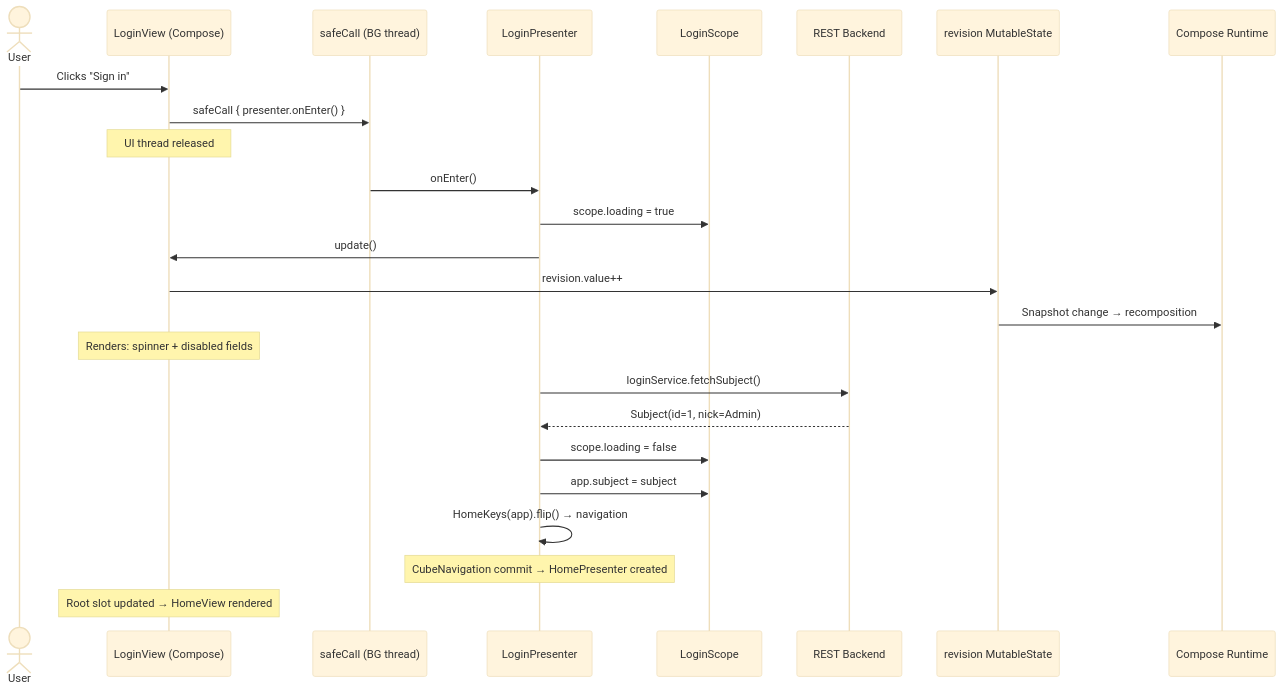
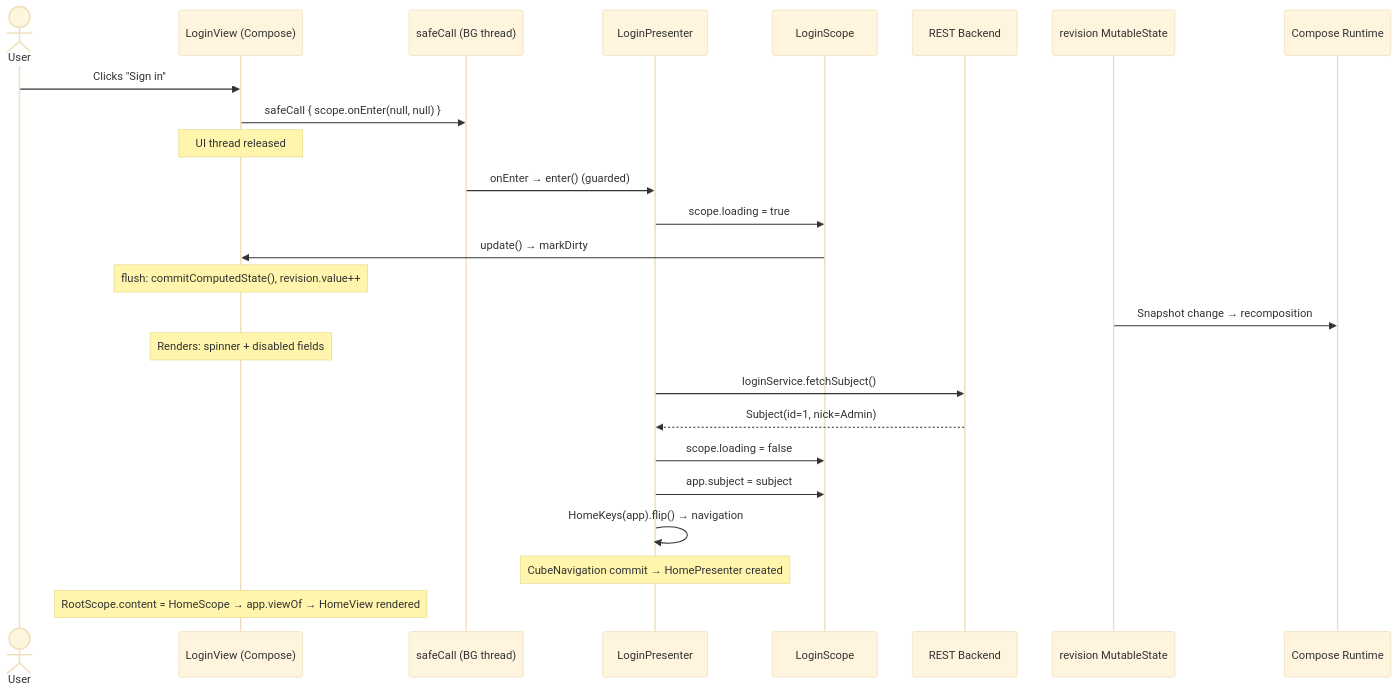
One commit to mrcdom/wdc-cube-kotlin changed the fifth of 9 diagrams in docs/architecture-cube-compose.md. Above: the diagram before and after it, drawn with Mermaid (base theme). The commit also changed other lines of this file and 14 other files, not shown here.

````diff
--- a/docs/architecture-cube-compose.md
+++ b/docs/architecture-cube-compose.md
@@ -246,31 +234,31 @@
 ```mermaid
 sequenceDiagram
     actor User as User
     participant View as LoginView (Compose)
     participant SC as safeCall (BG thread)
     participant P as LoginPresenter
     participant S as LoginScope
     participant API as REST Backend
     participant Rev as revision MutableState
     participant CR as Compose Runtime
 
     User->>View: Clicks "Sign in"
-    View->>SC: safeCall { presenter.onEnter() }
+    View->>SC: safeCall { scope.onEnter(null, null) }
     Note over View: UI thread released
 
-    SC->>P: onEnter()
+    SC->>P: onEnter → enter() (guarded)
     P->>S: scope.loading = true
-    P->>View: update()
-    View->>Rev: revision.value++
+    S->>View: update() → markDirty
+    Note over View: flush: commitComputedState(), revision.value++
     Rev->>CR: Snapshot change → recomposition
     Note over View: Renders: spinner + disabled fields
 
     P->>API: loginService.fetchSubject()
     API-->>P: Subject(id=1, nick=Admin)
 
     P->>S: scope.loading = false
     P->>S: app.subject = subject
     P->>P: HomeKeys(app).flip() → navigation
     Note over P: CubeNavigation commit → HomePresenter created
-    Note over View: Root slot updated → HomeView rendered
+    Note over View: RootScope.content = HomeScope → app.viewOf → HomeView rendered
 ```
````
